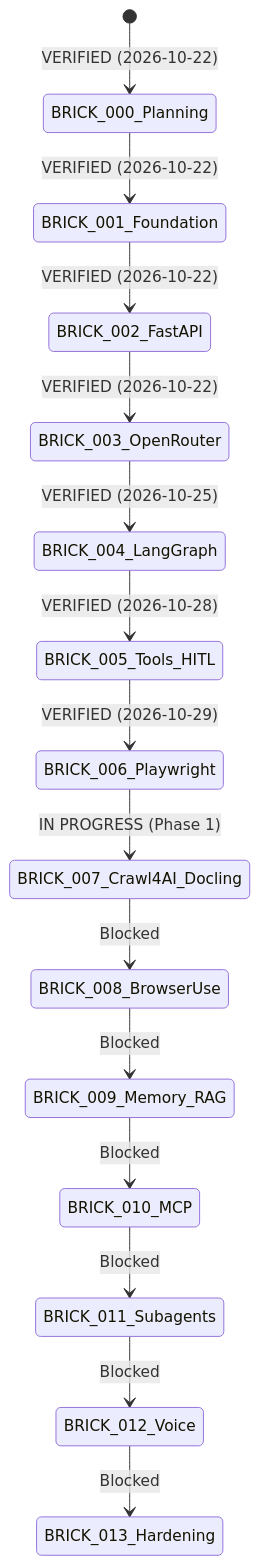
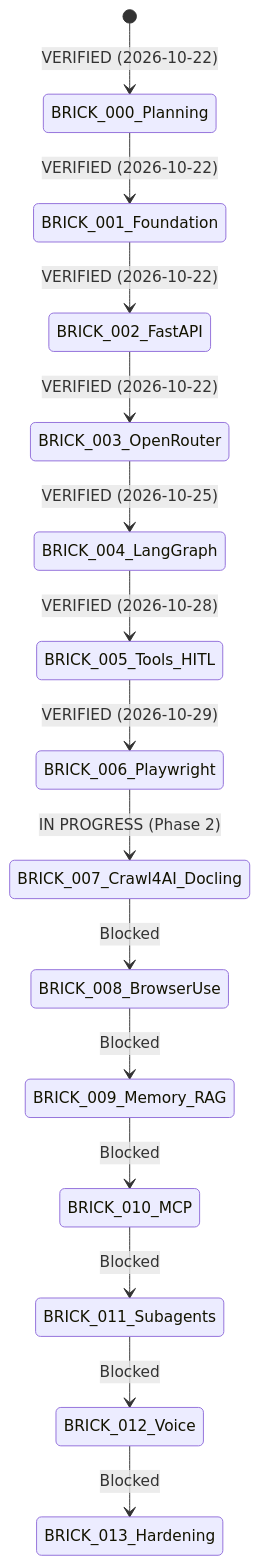
One commit to Aryramy/javed changed the diagram in docs/PROGRESS.md. Above: the diagram before and after it, drawn with Mermaid. The commit also changed other lines of this file and 5 other files, not shown here.

Commit message:
feat(brick-007): implement normalized extraction schema and Pydantic models

````diff
--- a/docs/PROGRESS.md
+++ b/docs/PROGRESS.md
@@ -28,17 +28,17 @@
 ```mermaid
 stateDiagram-v2
     [*] --> BRICK_000_Planning: VERIFIED (2026-10-22)
     BRICK_000_Planning --> BRICK_001_Foundation: VERIFIED (2026-10-22)
     BRICK_001_Foundation --> BRICK_002_FastAPI: VERIFIED (2026-10-22)
     BRICK_002_FastAPI --> BRICK_003_OpenRouter: VERIFIED (2026-10-22)
     BRICK_003_OpenRouter --> BRICK_004_LangGraph: VERIFIED (2026-10-25)
     BRICK_004_LangGraph --> BRICK_005_Tools_HITL: VERIFIED (2026-10-28)
     BRICK_005_Tools_HITL --> BRICK_006_Playwright: VERIFIED (2026-10-29)
-    BRICK_006_Playwright --> BRICK_007_Crawl4AI_Docling: IN PROGRESS (Phase 1)
+    BRICK_006_Playwright --> BRICK_007_Crawl4AI_Docling: IN PROGRESS (Phase 2)
     BRICK_007_Crawl4AI_Docling --> BRICK_008_BrowserUse: Blocked
     BRICK_008_BrowserUse --> BRICK_009_Memory_RAG: Blocked
     BRICK_009_Memory_RAG --> BRICK_010_MCP: Blocked
     BRICK_010_MCP --> BRICK_011_Subagents: Blocked
     BRICK_011_Subagents --> BRICK_012_Voice: Blocked
     BRICK_012_Voice --> BRICK_013_Hardening: Blocked
 ```
````
